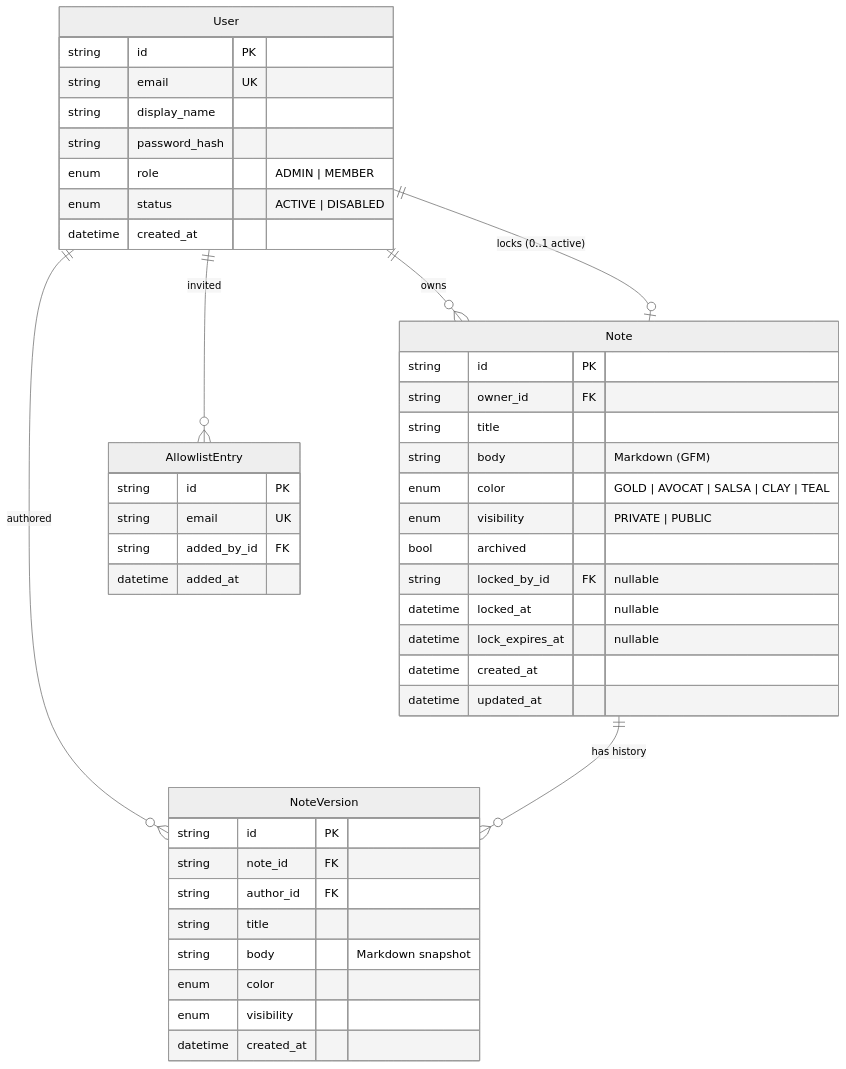
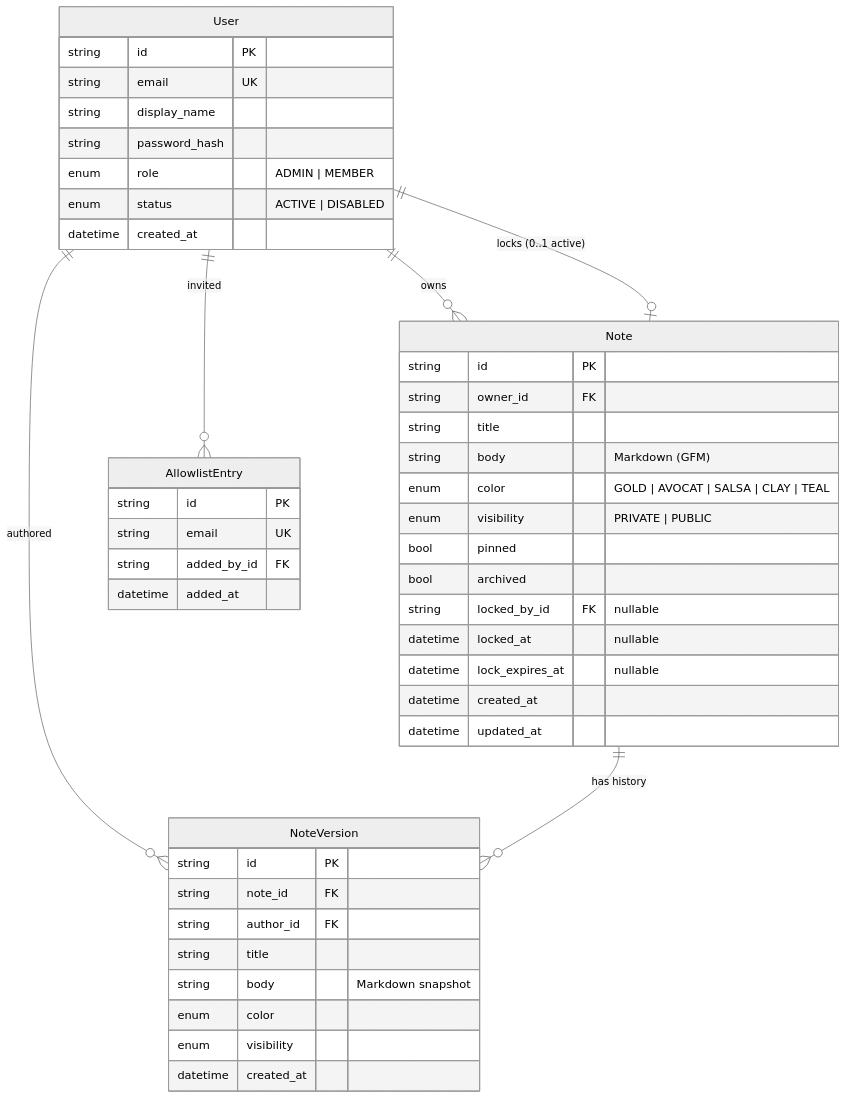
One commit to OuApps/Keepou changed the second of 4 diagrams in docs/ARCHITECTURE.md. Above: the diagram before and after it, drawn with Mermaid (neutral theme). The commit also changed other lines of this file and 24 other files, not shown here.

First line of the commit message:
feat(web,E8): pin/archive UI, composer→editor flow, polish fixes

````diff
--- a/docs/ARCHITECTURE.md
+++ b/docs/ARCHITECTURE.md
@@ -62,48 +62,49 @@
 ```mermaid
 erDiagram
     User ||--o{ Note : owns
     User ||--o{ NoteVersion : authored
     User ||--o{ AllowlistEntry : invited
     Note ||--o{ NoteVersion : "has history"
     User ||--o| Note : "locks (0..1 active)"
 
     User {
         string id PK
         string email UK
         string display_name
         string password_hash
         enum role "ADMIN | MEMBER"
         enum status "ACTIVE | DISABLED"
         datetime created_at
     }
     AllowlistEntry {
         string id PK
         string email UK
         string added_by_id FK
         datetime added_at
     }
     Note {
         string id PK
         string owner_id FK
         string title
         string body "Markdown (GFM)"
         enum color "GOLD | AVOCAT | SALSA | CLAY | TEAL"
         enum visibility "PRIVATE | PUBLIC"
+        bool pinned
         bool archived
         string locked_by_id FK "nullable"
         datetime locked_at "nullable"
         datetime lock_expires_at "nullable"
         datetime created_at
         datetime updated_at
     }
     NoteVersion {
         string id PK
         string note_id FK
         string author_id FK
         string title
         string body "Markdown snapshot"
         enum color
         enum visibility
         datetime created_at
     }
 ```
````
